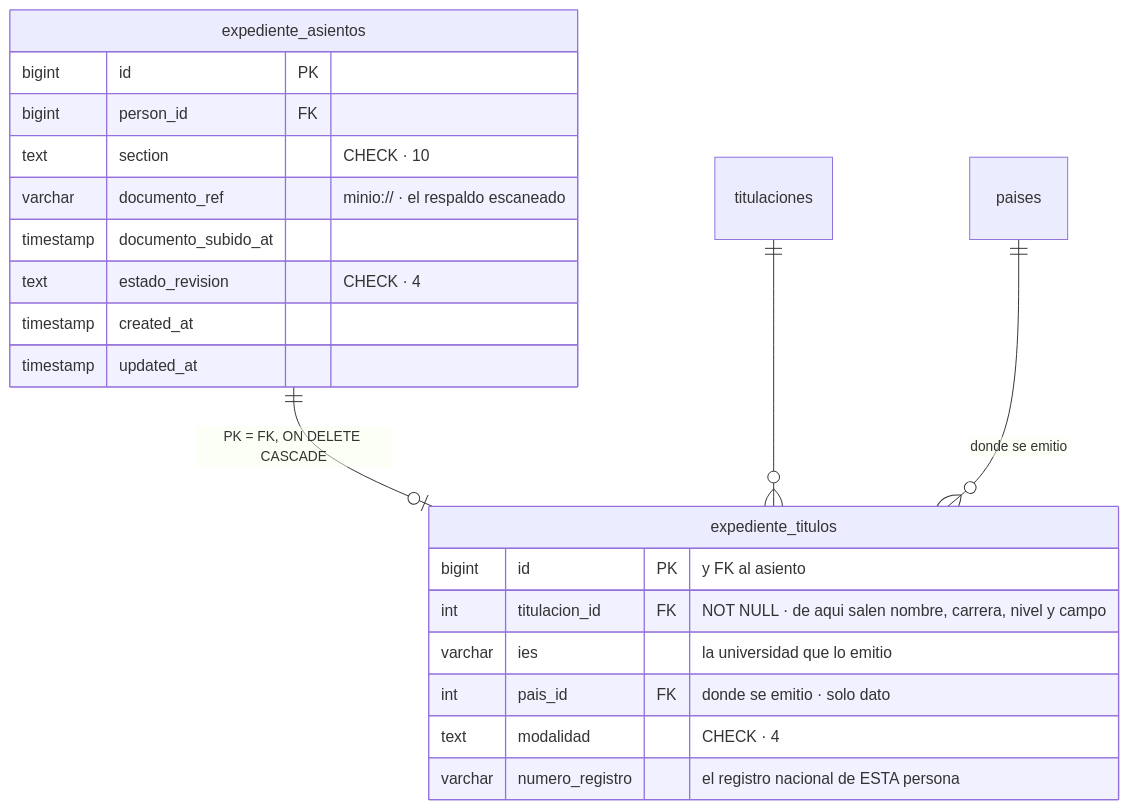
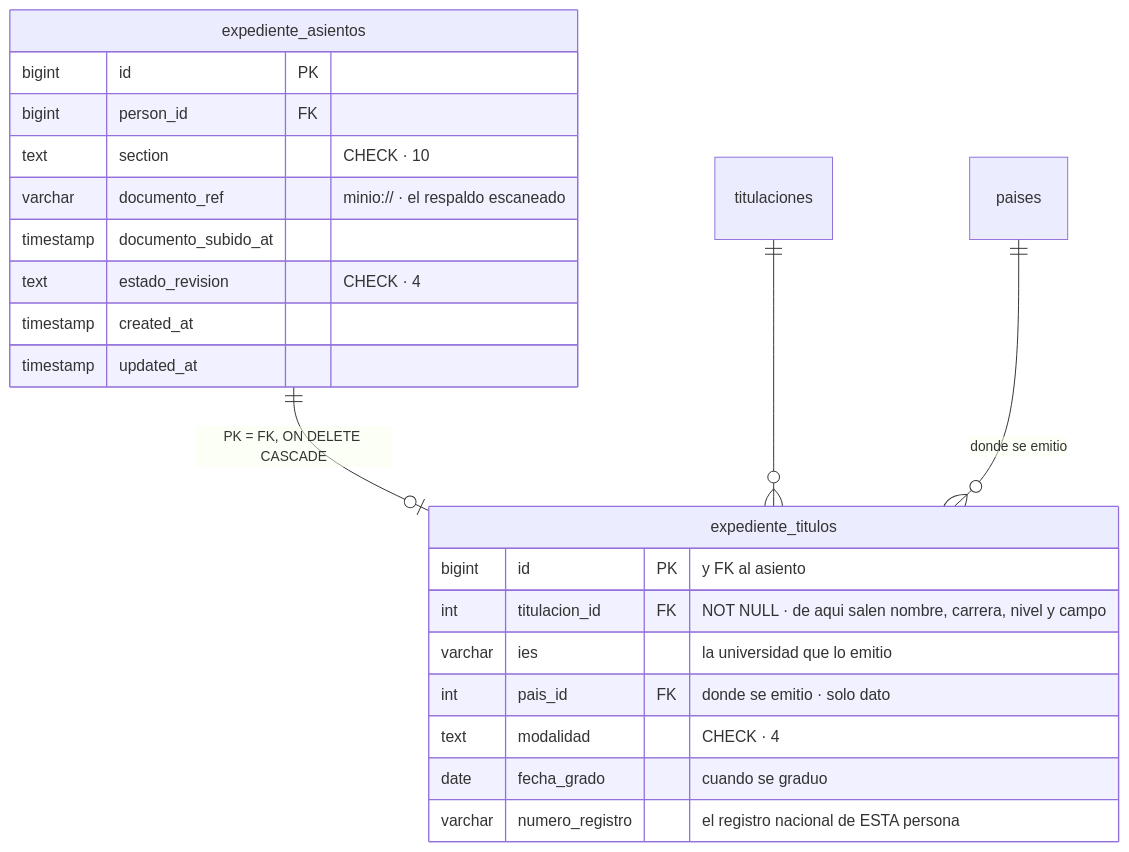
Before and after one commit to fresvel/deasy: the sixth of 8 diagrams in docs/src/content/docs/complemento/expediente.md, drawn with Mermaid. The commit also changed other lines of this file and 2 other files, not shown here.

First line of the commit message:
docs(expediente): fecha de grado, y los valores de cada CHECK en la prosa

````diff
--- a/docs/src/content/docs/complemento/expediente.md
+++ b/docs/src/content/docs/complemento/expediente.md
@@ -437,26 +462,27 @@
 ```mermaid
 erDiagram
   expediente_asientos ||--o| expediente_titulos : "PK = FK, ON DELETE CASCADE"
   titulaciones ||--o{ expediente_titulos : ""
   paises ||--o{ expediente_titulos : "donde se emitio"
 
   expediente_asientos {
     bigint id PK
     bigint person_id FK
     text section "CHECK · 10"
     varchar documento_ref "minio:// · el respaldo escaneado"
     timestamp documento_subido_at
     text estado_revision "CHECK · 4"
     timestamp created_at
     timestamp updated_at
   }
 
   expediente_titulos {
     bigint id PK "y FK al asiento"
     int titulacion_id FK "NOT NULL · de aqui salen nombre, carrera, nivel y campo"
     varchar ies "la universidad que lo emitio"
     int pais_id FK "donde se emitio · solo dato"
     text modalidad "CHECK · 4"
+    date fecha_grado "cuando se graduo"
     varchar numero_registro "el registro nacional de ESTA persona"
   }
 ```
````
